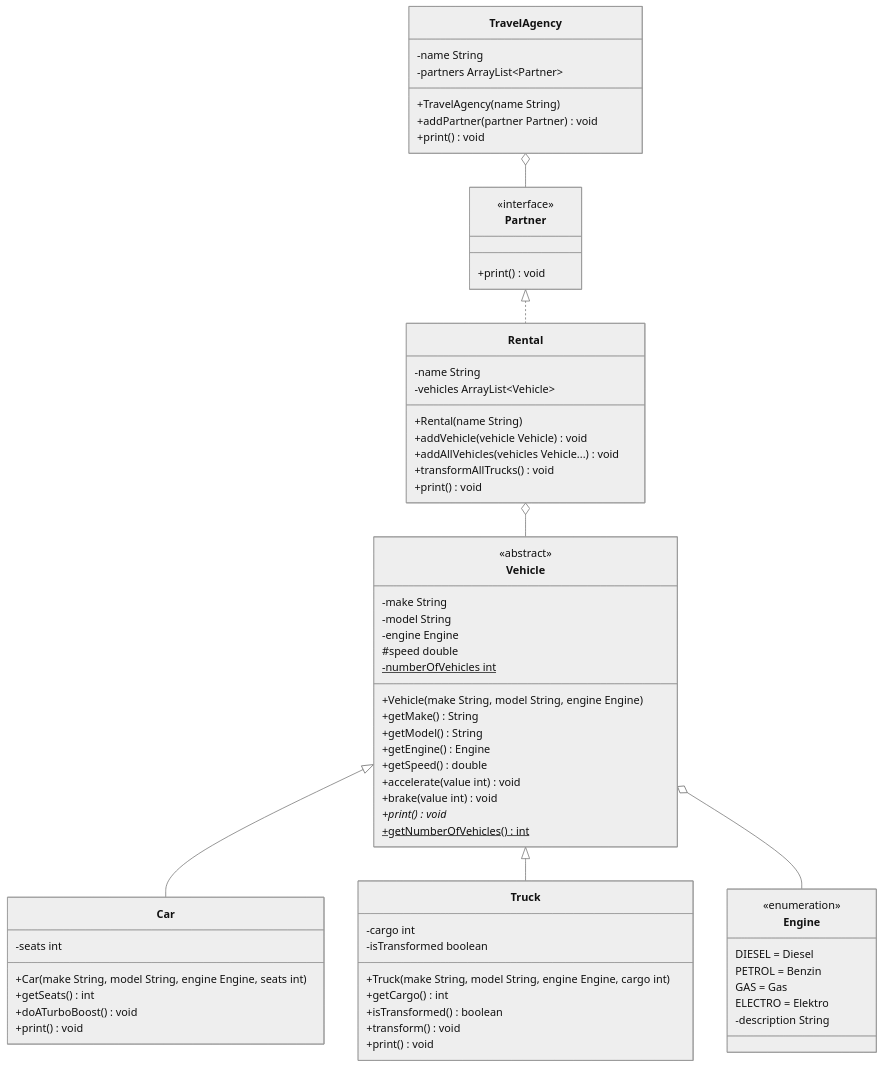
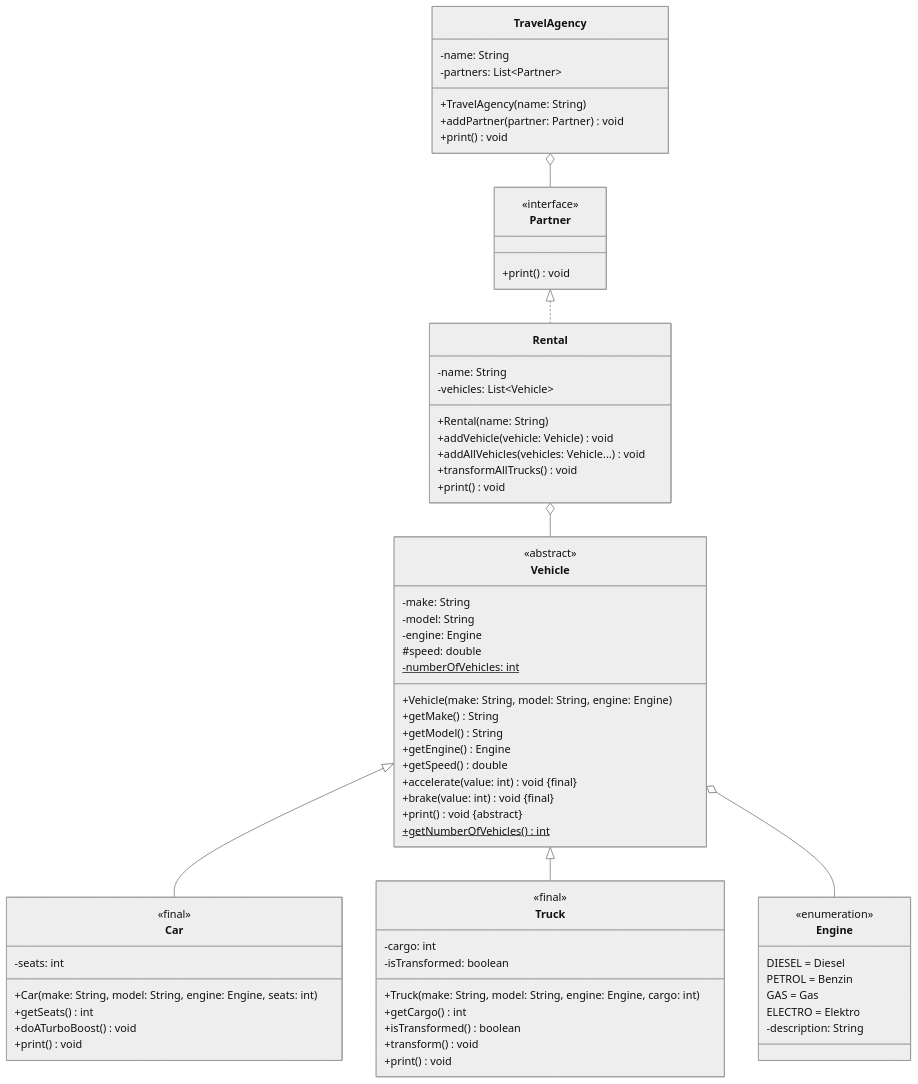
One commit to jappuccini/java-docs changed the diagram in docs/exercises/interfaces/interfaces01.mdx. Above: the diagram before and after it, drawn with Mermaid (neutral theme). The commit also changed other lines of this file and 76 other files, not shown here.

Commit message:
uml fixes (colons, properties), headline fixes (italic) and exam result updates

````diff
--- a/docs/exercises/interfaces/interfaces01.mdx
+++ b/docs/exercises/interfaces/interfaces01.mdx
@@ -19,77 +19,79 @@
 ```mermaid
 classDiagram
     Vehicle <|-- Car
     Vehicle <|-- Truck
     Vehicle o-- Engine
     Rental o-- Vehicle
     Partner <|.. Rental
     TravelAgency o-- Partner
 
     class Vehicle {
         <<abstract>>
-        -make String
-        -model String
-        -engine Engine
-        #speed double
-        -numberOfVehicles int$
-        +Vehicle(make String, model String, engine Engine)
+        -make: String
+        -model: String
+        -engine: Engine
+        #speed: double
+        -numberOfVehicles: int$
+        +Vehicle(make: String, model: String, engine: Engine)
         +getMake() String
         +getModel() String
         +getEngine() Engine
         +getSpeed() double
-        +accelerate(value int) void
-        +brake(value int) void
-        +print()* void
+        +accelerate(value: int) void &#123final&#125
+        +brake(value: int) void &#123final&#125
+        +print() void &#123abstract&#125
         +getNumberOfVehicles()$ int
     }
 
     class Engine {
         <<enumeration>>
         DIESEL = Diesel
         PETROL = Benzin
         GAS = Gas
         ELECTRO = Elektro
-        -description String
+        -description: String
     }
 
     class Car {
-        -seats int
-        +Car(make String, model String, engine Engine, seats int)
+        <<final>>
+        -seats: int
+        +Car(make: String, model: String, engine: Engine, seats: int)
         +getSeats() int
         +doATurboBoost() void
         +print() void
     }
 
     class Truck {
-        -cargo int
-        -isTransformed boolean
-        +Truck(make String, model String, engine Engine, cargo int)
+        <<final>>
+        -cargo: int
+        -isTransformed: boolean
+        +Truck(make: String, model: String, engine: Engine, cargo: int)
         +getCargo() int
         +isTransformed() boolean
         +transform() void
         +print() void
     }
 
     class Rental {
-        -name String
-        -vehicles ArrayList~Vehicle~
-        +Rental(name String)
-        +addVehicle(vehicle Vehicle) void
-        +addAllVehicles(vehicles Vehicle...) void
+        -name: String
+        -vehicles: List~Vehicle~
+        +Rental(name: String)
+        +addVehicle(vehicle: Vehicle) void
+        +addAllVehicles(vehicles: Vehicle...) void
         +transformAllTrucks() void
         +print() void
     }
 
     class Partner {
         <<interface>>
         +print() void
     }
 
     class TravelAgency {
-        -name String
-        -partners ArrayList~Partner~
-        +TravelAgency(name String)
-        +addPartner(partner Partner) void
+        -name: String
+        -partners: List~Partner~
+        +TravelAgency(name: String)
+        +addPartner(partner: Partner) void
         +print() void
     }
 ```
````
